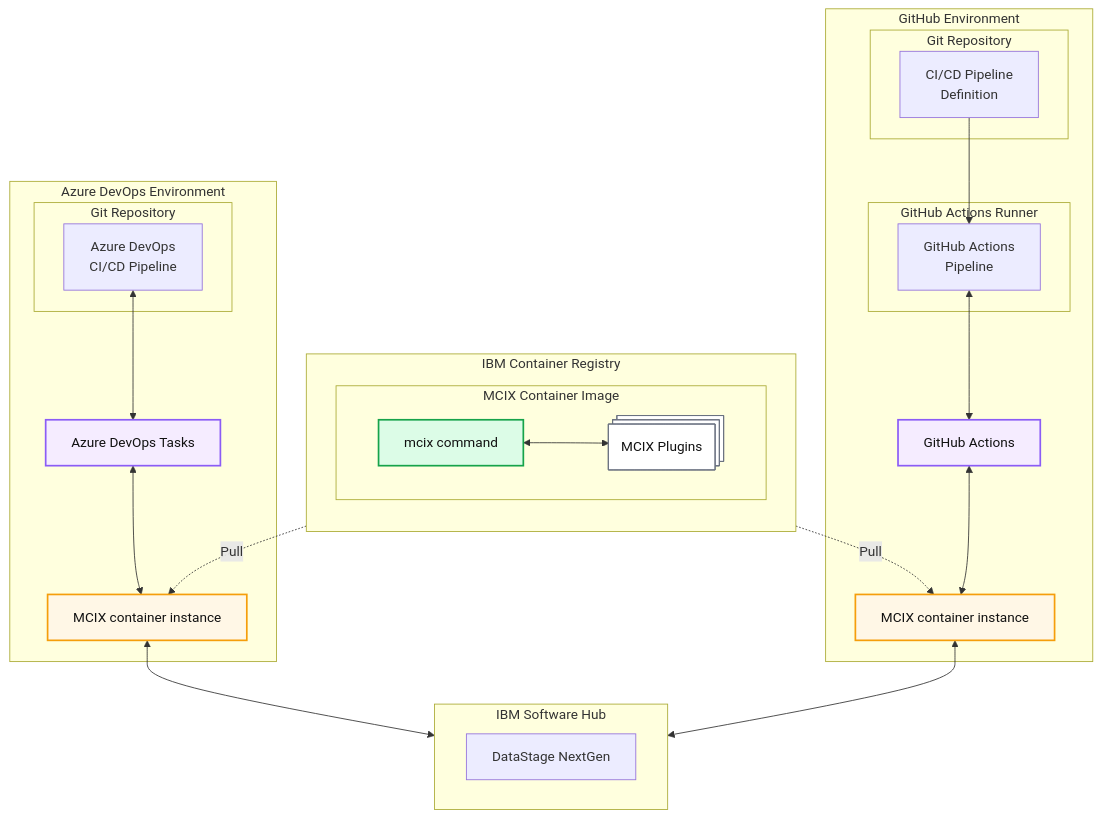
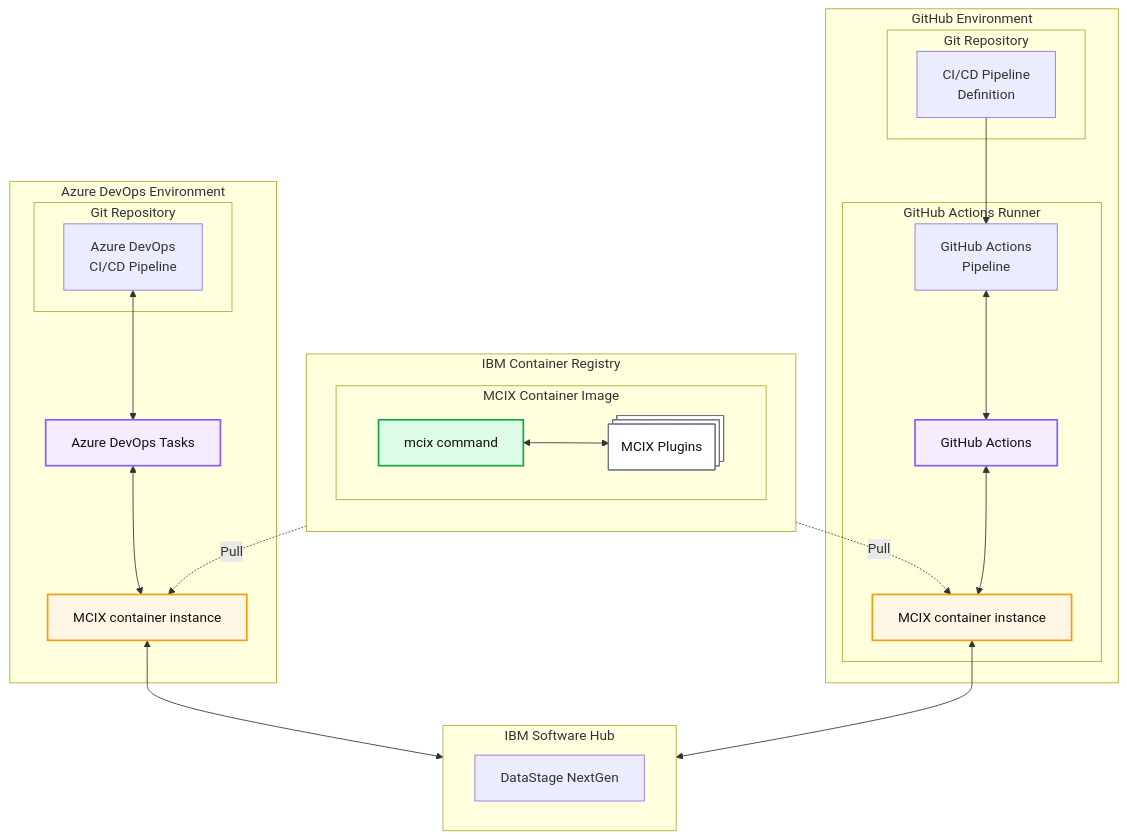
The diagram in ARCHITECTURE.md (MettleCI/mcix), drawn with Mermaid before and after one commit.

```diff
--- a/ARCHITECTURE.md
+++ b/ARCHITECTURE.md
@@ -20,10 +20,9 @@
       end
       subgraph GHRUN["GitHub Actions Runner"]
         GHACT["GitHub Actions<br/>Pipeline"]
+        GHCONT["MCIX container instance"]
+        GHA["GitHub Actions"]
       end
-
-      GHCONT["MCIX container instance"]
-      GHA["GitHub Actions"]
   end
   class GHA tooling
   class GHCONT runtime
```
